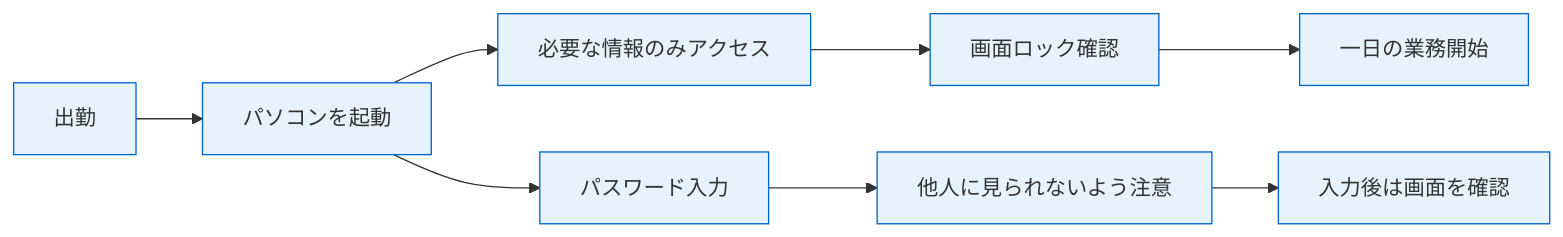
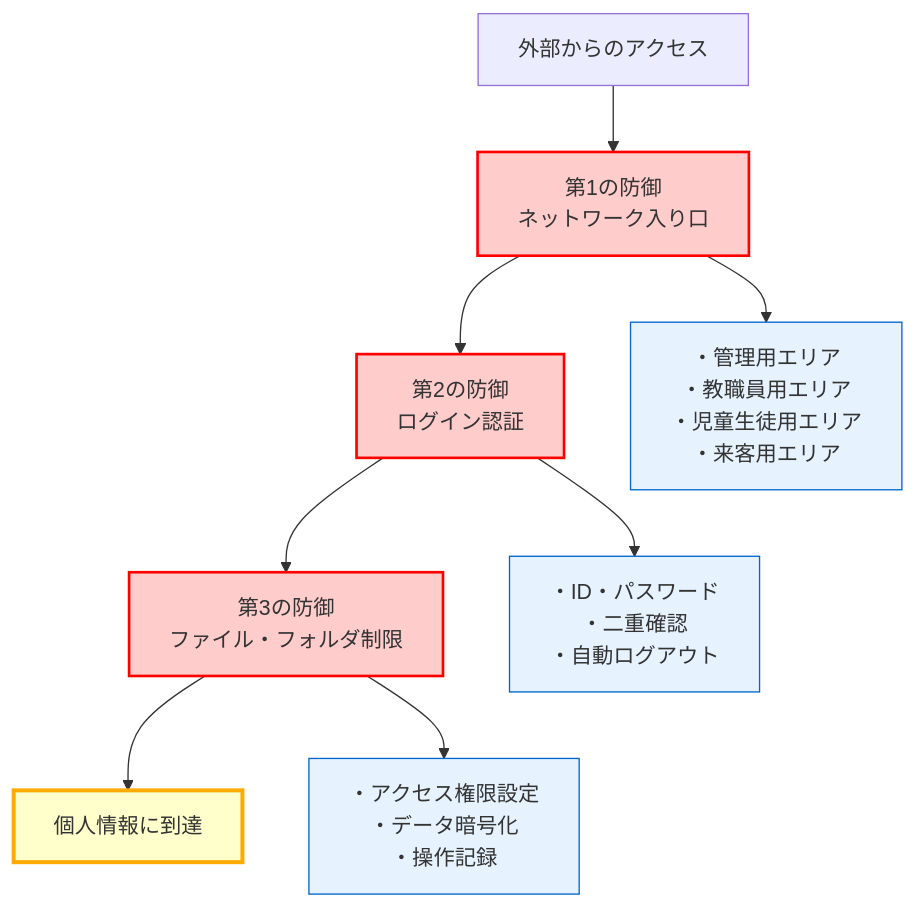
One commit to nahisaho/zenn-writing-collection changed the second of 5 diagrams in books/d87165478af519/chapter09.md. Above: the diagram before and after it, drawn with Mermaid. The commit also changed other lines of this file and 17 other files, not shown here.

````diff
--- a/books/d87165478af519/chapter09.md
+++ b/books/d87165478af519/chapter09.md
@@ -123,15 +160,19 @@
 ```mermaid
-graph LR
-    A[出勤] --> B[パソコンを起動]
-    B --> C[必要な情報のみアクセス]
-    C --> D[画面ロック確認]
-    D --> E[一日の業務開始]
+graph TB
+    A[外部からのアクセス] --> B[第1の防御<br/>ネットワーク入り口]
+    B --> C[第2の防御<br/>ログイン認証]
+    C --> D[第3の防御<br/>ファイル・フォルダ制限]
+    D --> E[個人情報に到達]
     
-    F[パスワード入力] --> G[他人に見られないよう注意]
-    G --> H[入力後は画面を確認]
+    B --> B1[・管理用エリア<br/>・教職員用エリア<br/>・児童生徒用エリア<br/>・来客用エリア]
+    C --> C1[・ID・パスワード<br/>・二重確認<br/>・自動ログアウト]
+    D --> D1[・アクセス権限設定<br/>・データ暗号化<br/>・操作記録]
     
-    B --> F
+    classDef defense fill:#ffcccc,stroke:#ff0000,stroke-width:2px
+    classDef detail fill:#e6f3ff,stroke:#0066cc,stroke-width:1px
+    classDef target fill:#ffffcc,stroke:#ffaa00,stroke-width:3px
     
-    classDef morning fill:#e6f3ff,stroke:#0066cc,stroke-width:1px
-    class A,B,C,D,E,F,G,H morning
+    class B,C,D defense
+    class B1,C1,D1 detail
+    class E target
 ```
````
